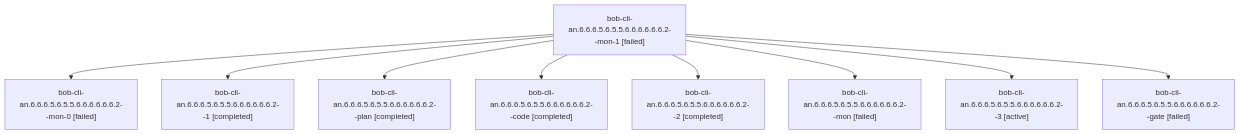
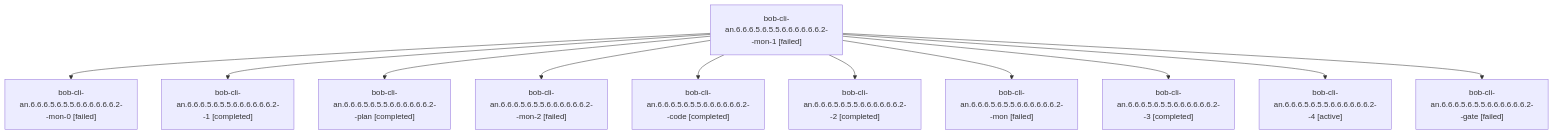
Before and after one commit to bobs-org/bob-cli--agents: the diagram in sessions/bbugyi200.athena.bob-cli-an.6.6.6.5.6.5.5.6.6.6.6.6.6.2.md, drawn with Mermaid. The commit also changed other lines of this file and 386 other files, not shown here.

````diff
--- a/sessions/bbugyi200.athena.bob-cli-an.6.6.6.5.6.5.5.6.6.6.6.6.6.2.md
+++ b/sessions/bbugyi200.athena.bob-cli-an.6.6.6.5.6.5.5.6.6.6.6.6.6.2.md
@@ -9,20 +9,24 @@
 ```mermaid
 flowchart TD
   n0["bob-cli-an.6.6.6.5.6.5.5.6.6.6.6.6.6.2--mon-1 [failed]"]
   n1["bob-cli-an.6.6.6.5.6.5.5.6.6.6.6.6.6.2--mon-0 [failed]"]
   n0 --> n1
   n2["bob-cli-an.6.6.6.5.6.5.5.6.6.6.6.6.6.2--1 [completed]"]
   n0 --> n2
   n3["bob-cli-an.6.6.6.5.6.5.5.6.6.6.6.6.6.2--plan [completed]"]
   n0 --> n3
-  n4["bob-cli-an.6.6.6.5.6.5.5.6.6.6.6.6.6.2--code [completed]"]
+  n4["bob-cli-an.6.6.6.5.6.5.5.6.6.6.6.6.6.2--mon-2 [failed]"]
   n0 --> n4
-  n5["bob-cli-an.6.6.6.5.6.5.5.6.6.6.6.6.6.2--2 [completed]"]
+  n5["bob-cli-an.6.6.6.5.6.5.5.6.6.6.6.6.6.2--code [completed]"]
   n0 --> n5
-  n6["bob-cli-an.6.6.6.5.6.5.5.6.6.6.6.6.6.2--mon [failed]"]
+  n6["bob-cli-an.6.6.6.5.6.5.5.6.6.6.6.6.6.2--2 [completed]"]
   n0 --> n6
-  n7["bob-cli-an.6.6.6.5.6.5.5.6.6.6.6.6.6.2--3 [active]"]
+  n7["bob-cli-an.6.6.6.5.6.5.5.6.6.6.6.6.6.2--mon [failed]"]
   n0 --> n7
-  n8["bob-cli-an.6.6.6.5.6.5.5.6.6.6.6.6.6.2--gate [failed]"]
+  n8["bob-cli-an.6.6.6.5.6.5.5.6.6.6.6.6.6.2--3 [completed]"]
   n0 --> n8
+  n9["bob-cli-an.6.6.6.5.6.5.5.6.6.6.6.6.6.2--4 [active]"]
+  n0 --> n9
+  n10["bob-cli-an.6.6.6.5.6.5.5.6.6.6.6.6.6.2--gate [failed]"]
+  n0 --> n10
 ```
````
